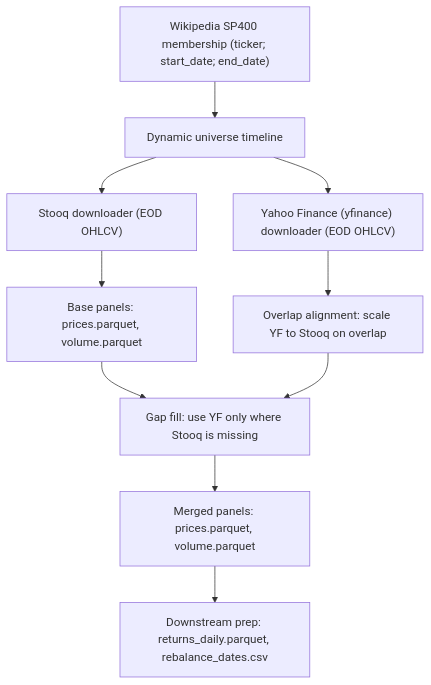
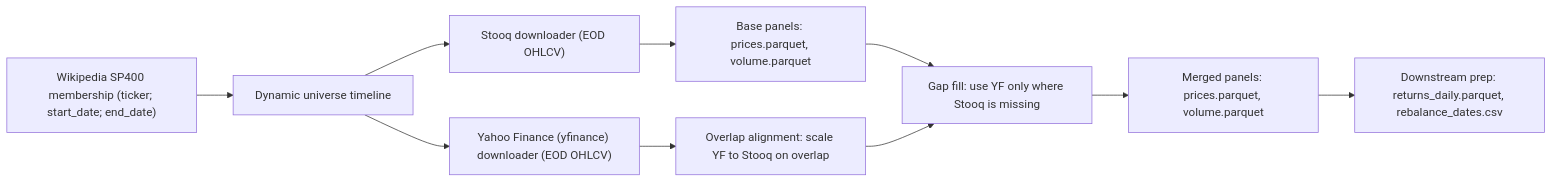
Before and after one commit to BrianIsaac/FinanceCoding: the diagram in GNN/test.md, drawn with Mermaid.

Commit message:
mermaid diagram for data collection

````diff
--- a/GNN/test.md
+++ b/GNN/test.md
@@ -1,12 +1,12 @@
 ```mermaid
-flowchart TD
+flowchart LR
   A["Wikipedia SP400 membership (ticker; start_date; end_date)"] --> B["Dynamic universe timeline"]
   B --> C["Stooq downloader (EOD OHLCV)"]
   B --> D["Yahoo Finance (yfinance) downloader (EOD OHLCV)"]
   C --> E["Base panels: prices.parquet, volume.parquet"]
   D --> F["Overlap alignment: scale YF to Stooq on overlap"]
   E --> G["Gap fill: use YF only where Stooq is missing"]
   F --> G
   G --> H["Merged panels: prices.parquet, volume.parquet"]
   H --> I["Downstream prep: returns_daily.parquet, rebalance_dates.csv"]
 ```
````
